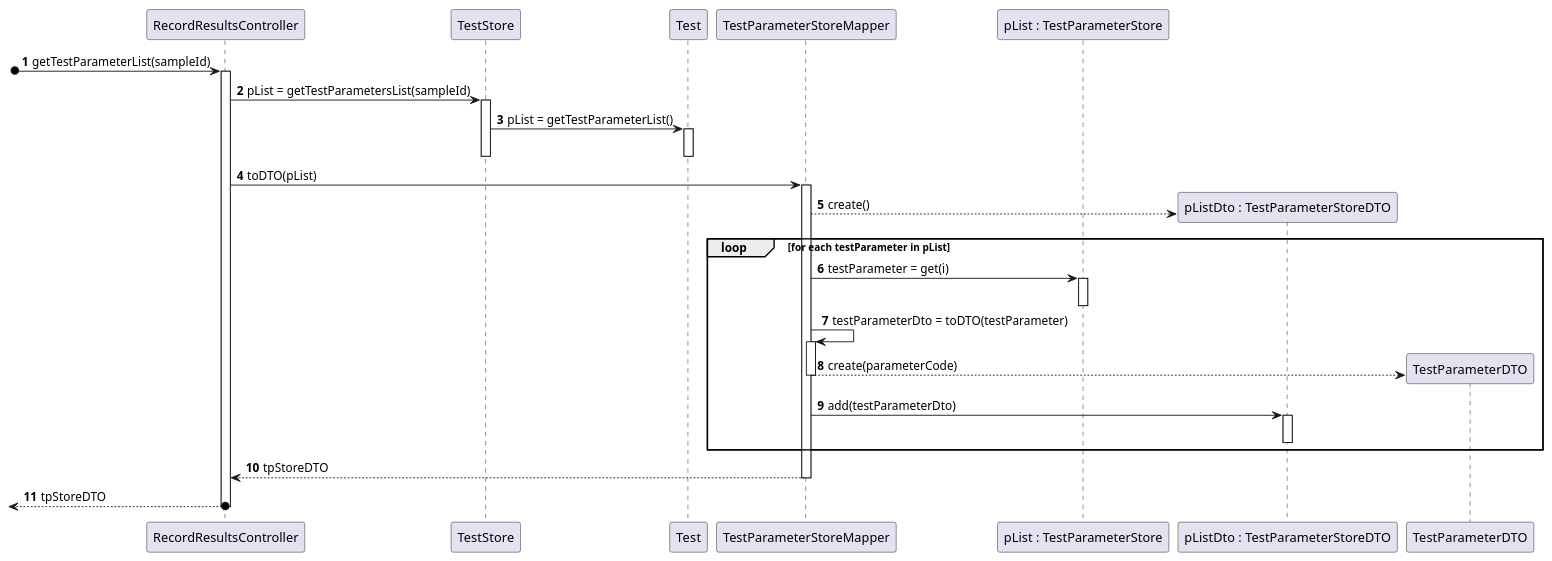
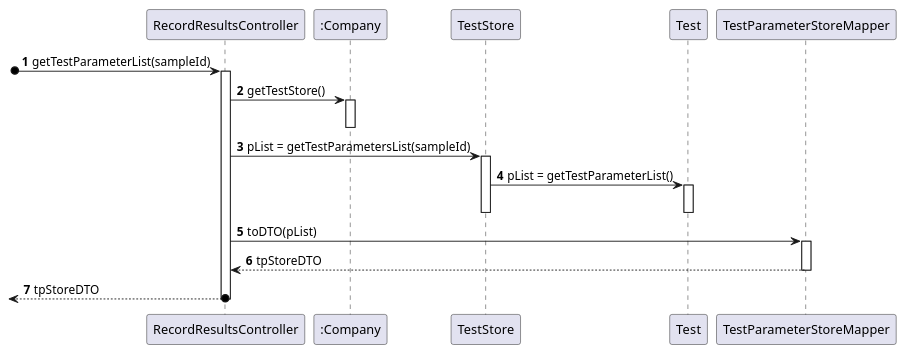
The diagram in docs/SprintC/US12/SD_getTestParameterList(sampleId).puml (MarianaCLages/LAPR2), drawn with PlantUML before and after one commit. The commit also changed 23 other files, not shown here.

Commit message:
correction the US5 + changes in US12/US4 diagrams

```diff
--- a/docs/SprintC/US12/SD_getTestParameterList(sampleId).puml
+++ b/docs/SprintC/US12/SD_getTestParameterList(sampleId).puml
@@ -1,43 +1,33 @@
 @startuml
 'https://plantuml.com/sequence-diagram
 participant "RecordResultsController" as ctrl
+participant ":Company" as Comp
 participant "TestStore" as tStore
 participant "Test" as Test
 participant "TestParameterStoreMapper" as tpStoreMapper
-participant "pList : TestParameterStore" as tpStore1
-participant "pListDto : TestParameterStoreDTO" as tpStoreDTO
-participant "TestParameterDTO" as tpDTO
 
 
 autonumber
 
 [o-> ctrl: getTestParameterList(sampleId)
+
 activate ctrl
+ctrl -> Comp: getTestStore()
+activate Comp
+deactivate
 ctrl -> tStore: pList = getTestParametersList(sampleId)
 activate tStore
 tStore -> Test: pList = getTestParameterList()
 activate Test
 deactivate Test
 deactivate tStore
 
 ctrl -> tpStoreMapper: toDTO(pList)
 activate tpStoreMapper
-tpStoreMapper --> tpStoreDTO**: create()
-loop for each testParameter in pList
-    tpStoreMapper -> tpStore1: testParameter = get(i)
-    activate tpStore1
-    deactivate tpStore1
-    tpStoreMapper -> tpStoreMapper: testParameterDto = toDTO(testParameter)
-    activate tpStoreMapper
-    tpStoreMapper --> tpDTO**: create(parameterCode)
-    deactivate tpStoreMapper
-    tpStoreMapper -> tpStoreDTO: add(testParameterDto)
-    activate tpStoreDTO
-    deactivate tpStoreDTO
-end
+
 tpStoreMapper --> ctrl: tpStoreDTO
 deactivate tpStoreMapper
 return tpStoreDTO
 deactivate ctrl
 deactivate tStore
 @enduml
```
